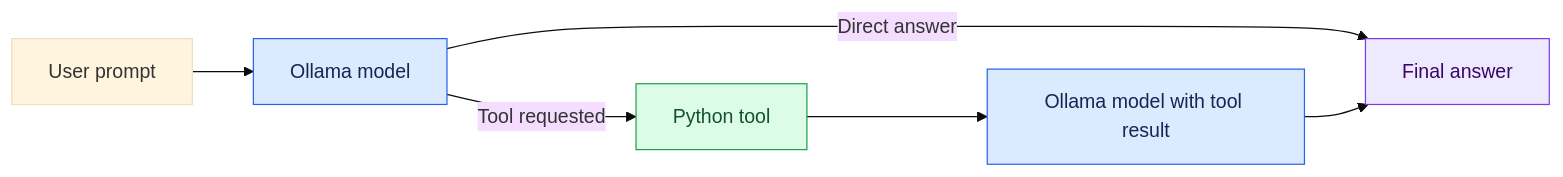
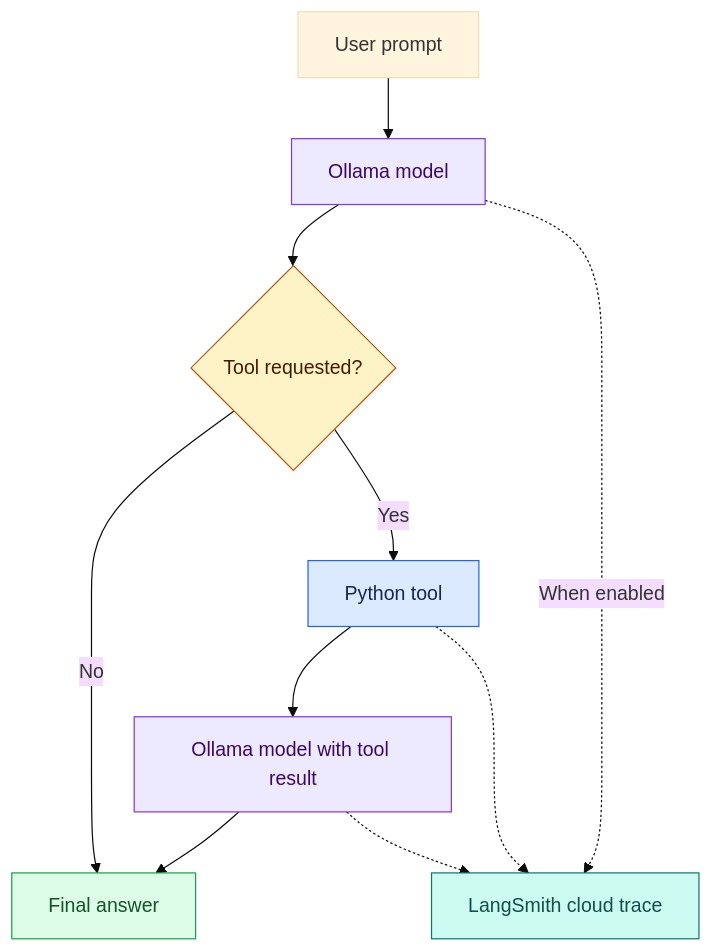
The second of 2 diagrams in README.md (anne500/langsmith-agent-observability), drawn with Mermaid (base theme) before and after one commit. The commit also changed other lines of this file and 4 other files, not shown here.

````diff
--- a/README.md
+++ b/README.md
@@ -22,14 +65,22 @@
 ```mermaid
-flowchart LR
+flowchart TD
     Q["User prompt"] --> M["Ollama model"]
-    M -->|"Direct answer"| A["Final answer"]
-    M -->|"Tool requested"| T["Python tool"]
+    M --> D{"Tool requested?"}
+    D -->|"No"| A["Final answer"]
+    D -->|"Yes"| T["Python tool"]
     T --> F["Ollama model with tool result"]
     F --> A
-    classDef model fill:#dbeafe,stroke:#2563eb,color:#172554
-    classDef tool fill:#dcfce7,stroke:#16a34a,color:#14532d
-    classDef result fill:#ede9fe,stroke:#7c3aed,color:#3b0764
+    M -.->|"When enabled"| L["LangSmith cloud trace"]
+    T -.-> L
+    F -.-> L
+    classDef model fill:#ede9fe,stroke:#7c3aed,color:#3b0764
+    classDef tool fill:#dbeafe,stroke:#2563eb,color:#172554
+    classDef result fill:#dcfce7,stroke:#16a34a,color:#14532d
+    classDef decision fill:#fef3c7,stroke:#b45309,color:#451a03
+    classDef store fill:#ccfbf1,stroke:#0f766e,color:#134e4a
+    class D decision
+    class L store
     class M,F model
     class T tool
     class A result
 ```
````
